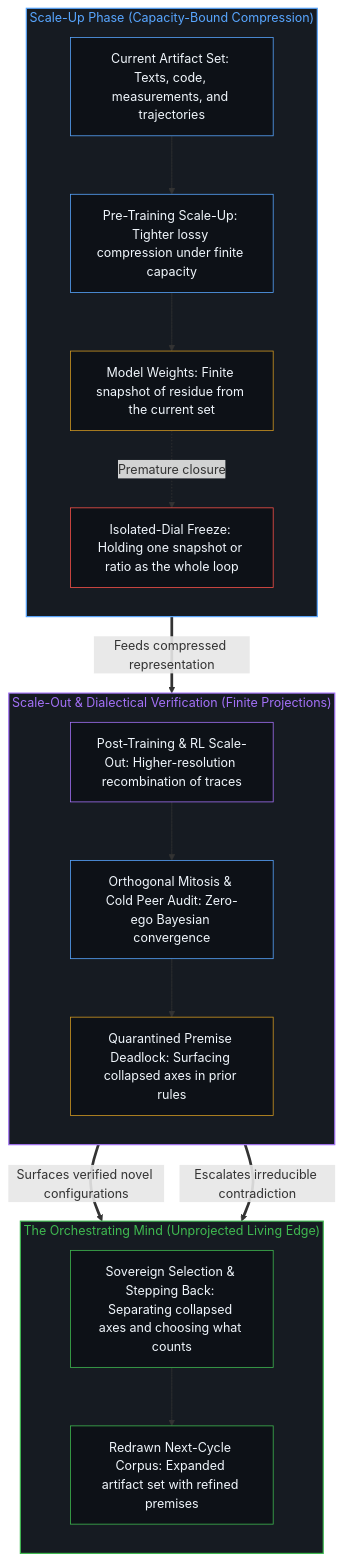
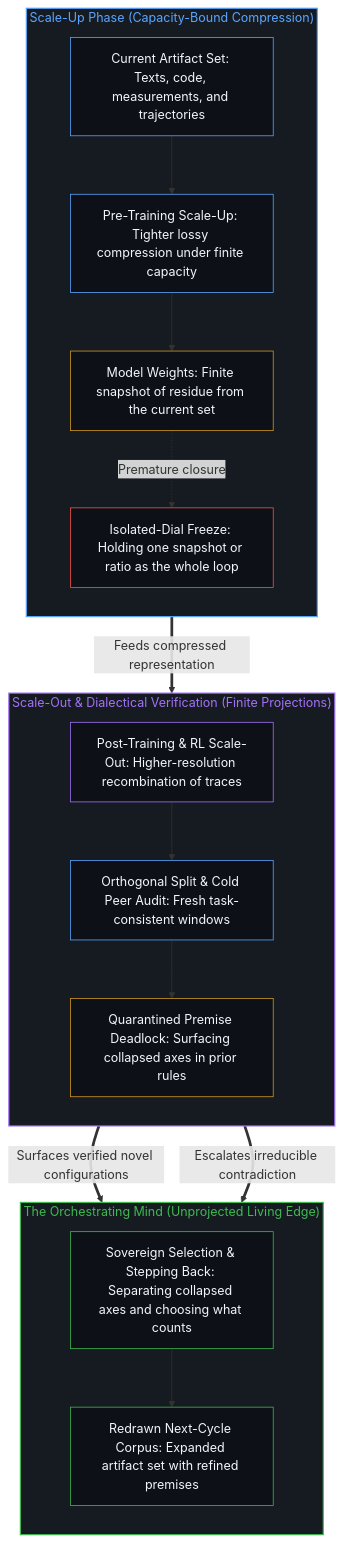
One commit to powerpig99/not-a-toe changed the second of 2 diagrams in content/posts/the-scaling-loop.md. Above: the diagram before and after it, drawn with Mermaid. The commit also changed other lines of this file and 18 other files, not shown here.

````diff
--- a/content/posts/the-scaling-loop.md
+++ b/content/posts/the-scaling-loop.md
@@ -98,44 +94,40 @@
 ```mermaid
 flowchart TD
     subgraph S_Up["Scale-Up Phase (Capacity-Bound Compression)"]
         direction TB
         A["Current Artifact Set: Texts, code, measurements, and trajectories"]
         U["Pre-Training Scale-Up: Tighter lossy compression under finite capacity"]
         W["Model Weights: Finite snapshot of residue from the current set"]
         F["Isolated-Dial Freeze: Holding one snapshot or ratio as the whole loop"]
         A --> U --> W
         W -.->|"Premature closure"| F
     end
-
     subgraph S_Out["Scale-Out & Dialectical Verification (Finite Projections)"]
         direction TB
         O["Post-Training & RL Scale-Out: Higher-resolution recombination of traces"]
-        M["Orthogonal Mitosis & Cold Peer Audit: Zero-ego Bayesian convergence"]
+        M["Orthogonal Split & Cold Peer Audit: Fresh task-consistent windows"]
         D["Quarantined Premise Deadlock: Surfacing collapsed axes in prior rules"]
         O --> M --> D
     end
-
     subgraph S_Mind["The Orchestrating Mind (Unprojected Living Edge)"]
         direction TB
         J["Sovereign Selection & Stepping Back: Separating collapsed axes and choosing what counts"]
         R["Redrawn Next-Cycle Corpus: Expanded artifact set with refined premises"]
         J --> R
     end
-
     W ==>|"Feeds compressed representation"| O
     M ==>|"Surfaces verified novel configurations"| J
     D ==>|"Escalates irreducible contradiction"| J
-
     style S_Up fill:#161b22,stroke:#58a6ff,stroke-width:1.5px,color:#58a6ff
     style S_Out fill:#161b22,stroke:#a371f7,stroke-width:1.5px,color:#a371f7
     style S_Mind fill:#161b22,stroke:#3fb950,stroke-width:1.5px,color:#3fb950
     style A fill:#0d1117,stroke:#58a6ff,stroke-width:1px,color:#f0f6fc
     style U fill:#0d1117,stroke:#58a6ff,stroke-width:1px,color:#f0f6fc
     style W fill:#0d1117,stroke:#d29922,stroke-width:1px,color:#f0f6fc
     style F fill:#0d1117,stroke:#f85149,stroke-width:1px,color:#f0f6fc
     style O fill:#0d1117,stroke:#a371f7,stroke-width:1px,color:#f0f6fc
     style M fill:#0d1117,stroke:#58a6ff,stroke-width:1px,color:#f0f6fc
     style D fill:#0d1117,stroke:#d29922,stroke-width:1px,color:#f0f6fc
     style J fill:#0d1117,stroke:#3fb950,stroke-width:1px,color:#f0f6fc
     style R fill:#0d1117,stroke:#3fb950,stroke-width:1px,color:#f0f6fc
 ```
````
